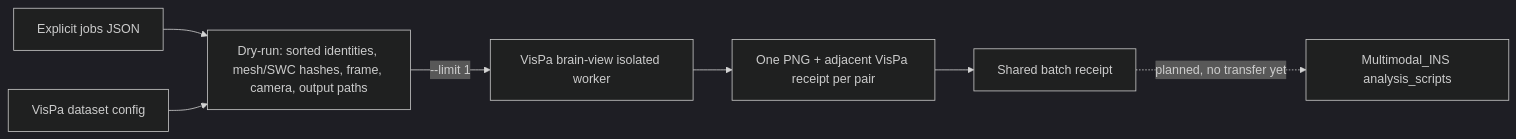
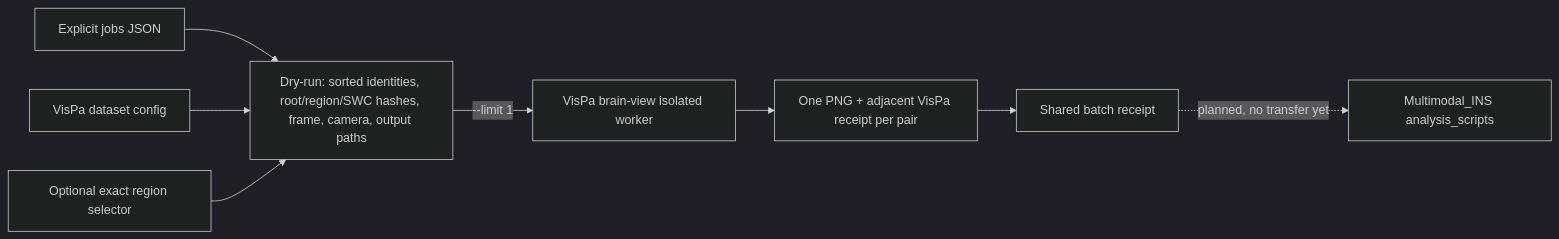
Before and after one commit to bylaikaby/VisPa: the diagram in batch/README.md, drawn with Mermaid (dark theme). The commit also changed other lines of this file and 53 other files, not shown here.

````diff
--- a/batch/README.md
+++ b/batch/README.md
@@ -5,9 +5,10 @@
 ```mermaid
 flowchart LR
-  J[Explicit jobs JSON] --> P[Dry-run: sorted identities, mesh/SWC hashes, frame, camera, output paths]
+  J[Explicit jobs JSON] --> P[Dry-run: sorted identities, root/region/SWC hashes, frame, camera, output paths]
   C[VisPa dataset config] --> P
+  R[Optional exact region selector] --> P
   P -->|--limit 1| W[VisPa brain-view isolated worker]
   W --> O[One PNG + adjacent VisPa receipt per pair]
   O --> B[Shared batch receipt]
   B -. planned, no transfer yet .-> M[Multimodal_INS analysis_scripts]
 ```
````
